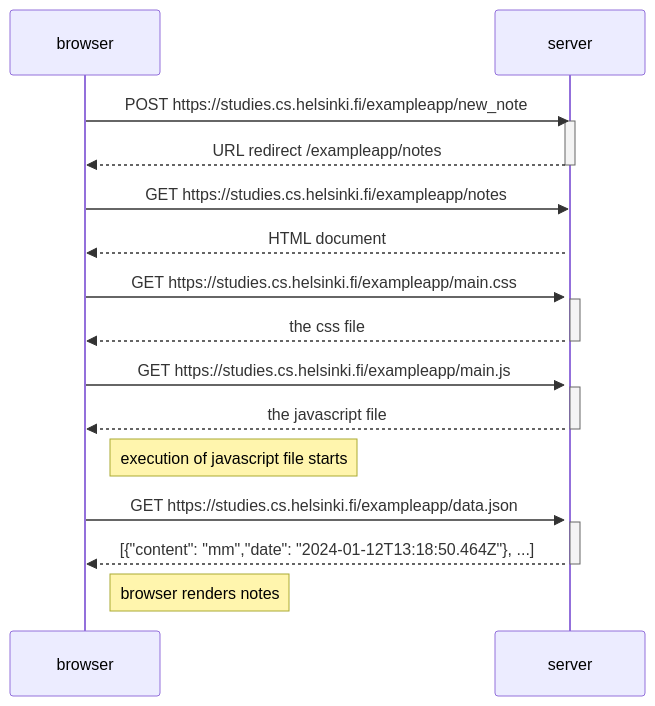
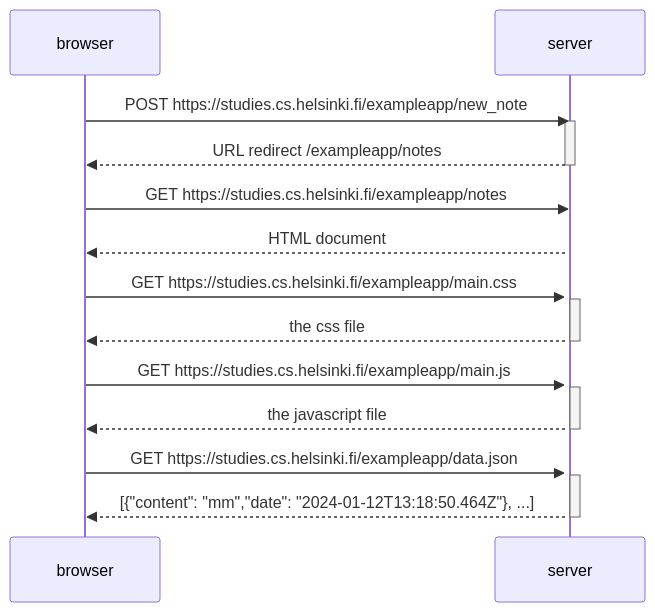
One commit to Ayrua/fullstackopen changed the diagram in part0/exercise_0.4.md. Above: the diagram before and after it, drawn with Mermaid. The commit also changed 2 other files, not shown here.

Commit message:
small fix

````diff
--- a/part0/exercise_0.4.md
+++ b/part0/exercise_0.4.md
@@ -1,33 +1,29 @@
 ```mermaid
 sequenceDiagram
     participant browser
     participant server
 
     browser->>server: POST https://studies.cs.helsinki.fi/exampleapp/new_note
     activate server
     server-->>browser: URL redirect /exampleapp/notes
     deactivate server
 
     browser->>server: GET https://studies.cs.helsinki.fi/exampleapp/notes
     activate server
     server-->>browser: HTML document
 
     browser->>server: GET https://studies.cs.helsinki.fi/exampleapp/main.css
     activate server
     server-->>browser: the css file
     deactivate server
 
     browser->>server: GET https://studies.cs.helsinki.fi/exampleapp/main.js
     activate server
     server-->>browser: the javascript file
     deactivate server
 
-    Note right of browser: execution of javascript file starts
-
     browser->>server: GET https://studies.cs.helsinki.fi/exampleapp/data.json
     activate server
     server-->>browser: [{"content": "mm","date": "2024-01-12T13:18:50.464Z"}, ...]
     deactivate server
-
-    Note right of browser: browser renders notes
 ```
````
